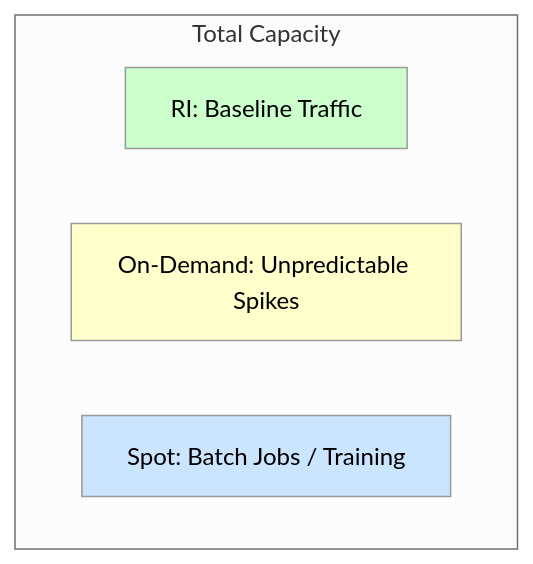
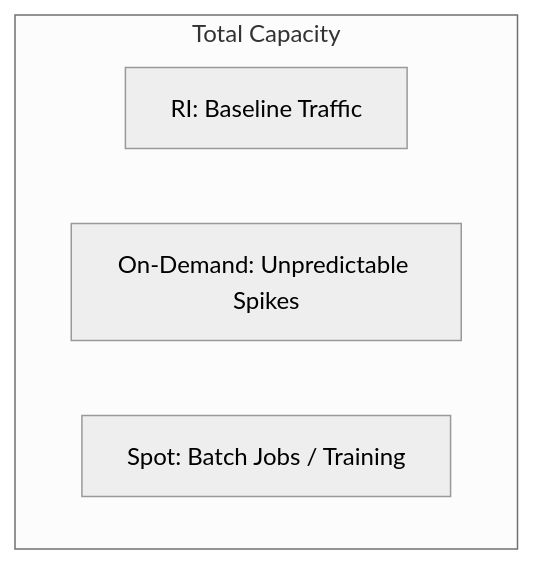
Before and after one commit to harimkang/ai-engineer-guide: the diagram in docs/4-대규모-언어-모델-llm/4-10-비용-최적화-전략/spot-instances-and-reserved-capacity.md, drawn with Mermaid (neutral theme). The commit also changed 45 other files, not shown here.

````diff
--- a/docs/4-대규모-언어-모델-llm/4-10-비용-최적화-전략/spot-instances-and-reserved-capacity.md
+++ b/docs/4-대규모-언어-모델-llm/4-10-비용-최적화-전략/spot-instances-and-reserved-capacity.md
@@ -46,11 +46,8 @@
 ```mermaid
 graph TD
     subgraph Total Capacity
         A[RI: Baseline Traffic];
         B[On-Demand: Unpredictable Spikes];
         C[Spot: Batch Jobs / Training];
     end
-    style A fill:#ccffcc
-    style B fill:#ffffcc
-    style C fill:#cce5ff
 ```
````
